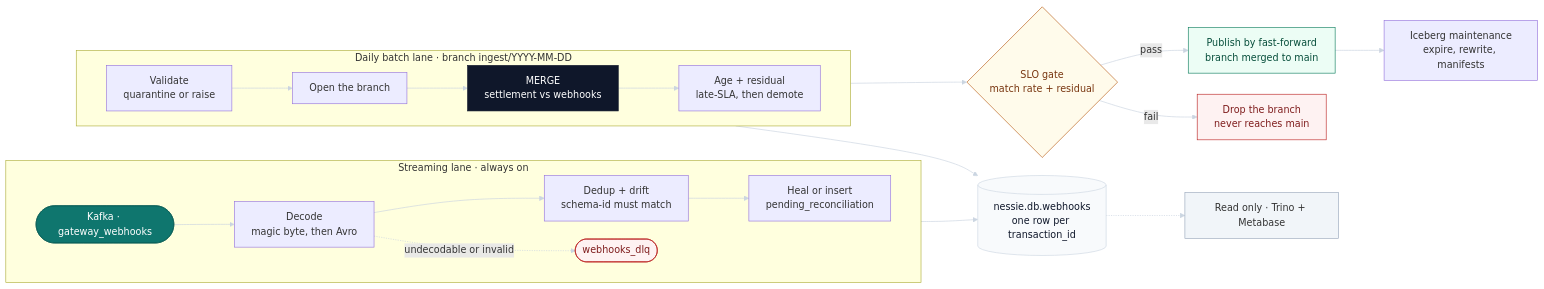
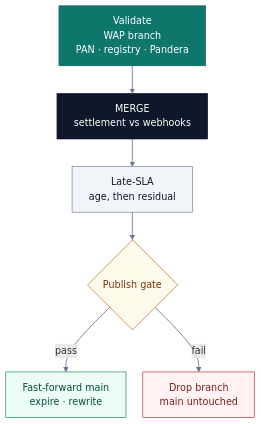
Before and after one commit to DhanushPillay/tx-recon: the second of 2 diagrams in README.md, drawn with Mermaid. The commit also changed other lines of this file and 1 other file, not shown here.

Commit message:
docs: redraw the architecture diagrams
The README diagram was a wide ribbon that left out the bank leg and its serve node had no text color for dark mode. Split it into the three legs feeding one table and a compact batch lifecycle. The architecture graphs get the same treatment: the redundant read-only box is gone, the bank leg is no longer colored as read-only, and the write claim now matches the edges. The MERGE tree connects every arm through late-SLA, residual, and the gate in the order the job runs. All nodes have explicit colors, links are darker, and every diagram has accTitle and accDescr.

````diff
--- a/README.md
+++ b/README.md
@@ -37,34 +65,20 @@
 ```mermaid
-%%{init: {"look": "classic", "layout": "dagre", "flowchart": {"curve": "basis", "nodeSpacing": 30, "rankSpacing": 76, "padding": 14, "useMaxWidth": true}}}%%
-flowchart LR
-  subgraph SL["Streaming lane · always on"]
-    direction LR
-    K(["Kafka · gateway_webhooks"]):::ing --> D["Decode<br/>magic byte, then Avro"] --> DD["Dedup + drift<br/>schema-id must match"] --> H["Heal or insert<br/>pending_reconciliation"]
-    D -.->|"undecodable or invalid"| DQ(["webhooks_dlq"]):::dead
-  end
+%%{init: {"look": "classic", "layout": "dagre", "flowchart": {"curve": "basis", "nodeSpacing": 28, "rankSpacing": 46, "padding": 14, "useMaxWidth": true}}}%%
+flowchart TB
+  accTitle: Batch lifecycle
+  accDescr: Validation opens a WAP branch, the MERGE and demotions run, and the gate decides whether main advances.
 
-  subgraph BL["Daily batch lane · branch ingest/YYYY-MM-DD"]
-    direction LR
-    V["Validate<br/>quarantine or raise"] --> OB["Open the branch"] --> M["MERGE<br/>settlement vs webhooks"]:::merge --> AR["Age + residual<br/>late-SLA, then demote"]
-  end
-
-  T[("nessie.db.webhooks<br/>one row per transaction_id")]:::store
-  H --> T
-  M --> T
-
-  AR --> G{"SLO gate<br/>match rate + residual"}:::gate
-  G -->|"pass"| P["Publish by fast-forward<br/>branch merged to main"]:::publish
-  P --> MT["Iceberg maintenance<br/>expire, rewrite, manifests"]
-  G -->|"fail"| X["Drop the branch<br/>never reaches main"]:::dead
-
-  T -.-> RO["Read only · Trino + Metabase"]:::serve
+  V["Validate<br/>WAP branch<br/>PAN · registry · Pandera"]:::ing --> M["MERGE<br/>settlement vs webhooks"]:::merge
+  M --> LR["Late-SLA<br/>age, then residual"]:::process
+  LR --> G{"Publish gate"}:::gate
+  G -->|"pass"| P["Fast-forward main<br/>expire · rewrite"]:::publish
+  G -->|"fail"| X["Drop branch<br/>main untouched"]:::dead
 
   classDef ing fill:#0F766E,stroke:#0B5F58,color:#FFFFFF,stroke-width:1px;
   classDef merge fill:#0F172A,stroke:#0F172A,color:#FFFFFF,stroke-width:1px;
-  classDef store fill:#F8FAFC,stroke:#CBD5E1,color:#0F172A,stroke-width:1px;
+  classDef process fill:#F1F5F9,stroke:#64748B,color:#0F172A,stroke-width:1px;
   classDef gate fill:#FFFBEB,stroke:#B45309,color:#78350F,stroke-width:1px;
   classDef publish fill:#ECFDF5,stroke:#047857,color:#064E3B,stroke-width:1px;
   classDef dead fill:#FEF2F2,stroke:#B91C1C,color:#7F1D1D,stroke-width:1px;
-  classDef serve fill:#F1F5F9,stroke:#94A3B8,stroke-width:1px;
-  linkStyle default stroke:#CBD5E1,stroke-width:1.1px;
+  linkStyle default stroke:#64748B,stroke-width:1.4px;
 ```
````
